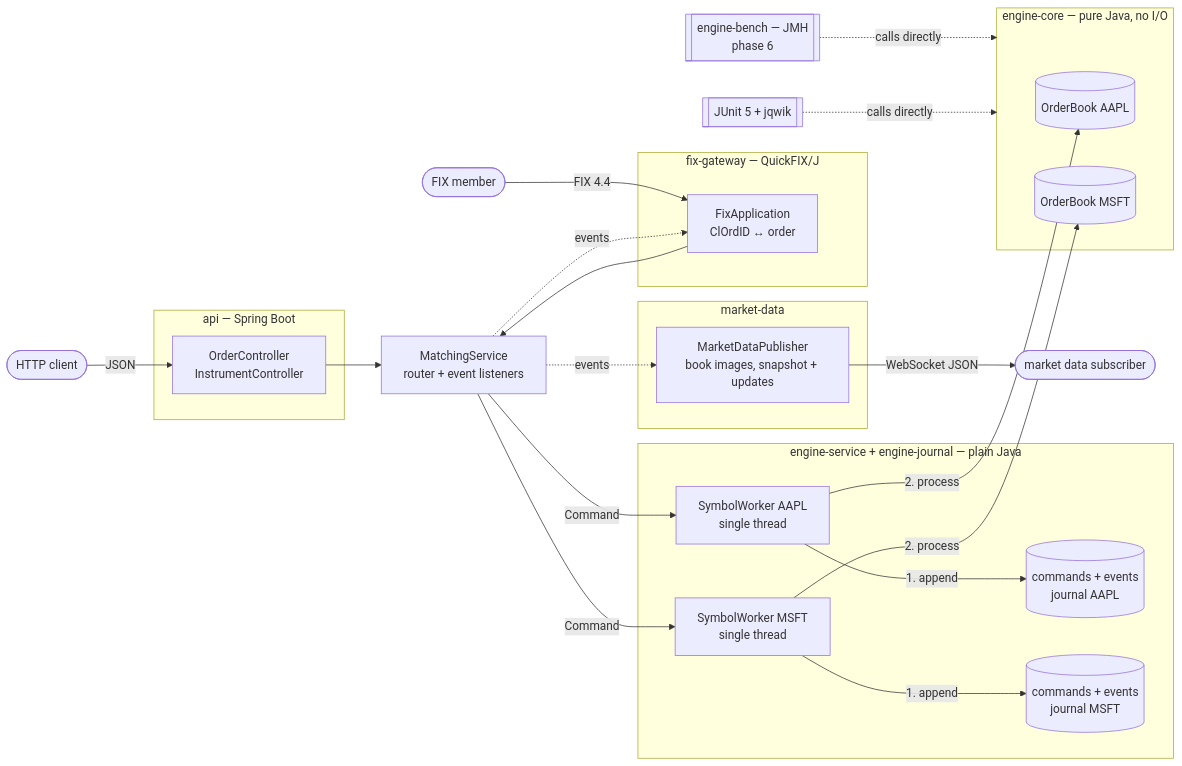
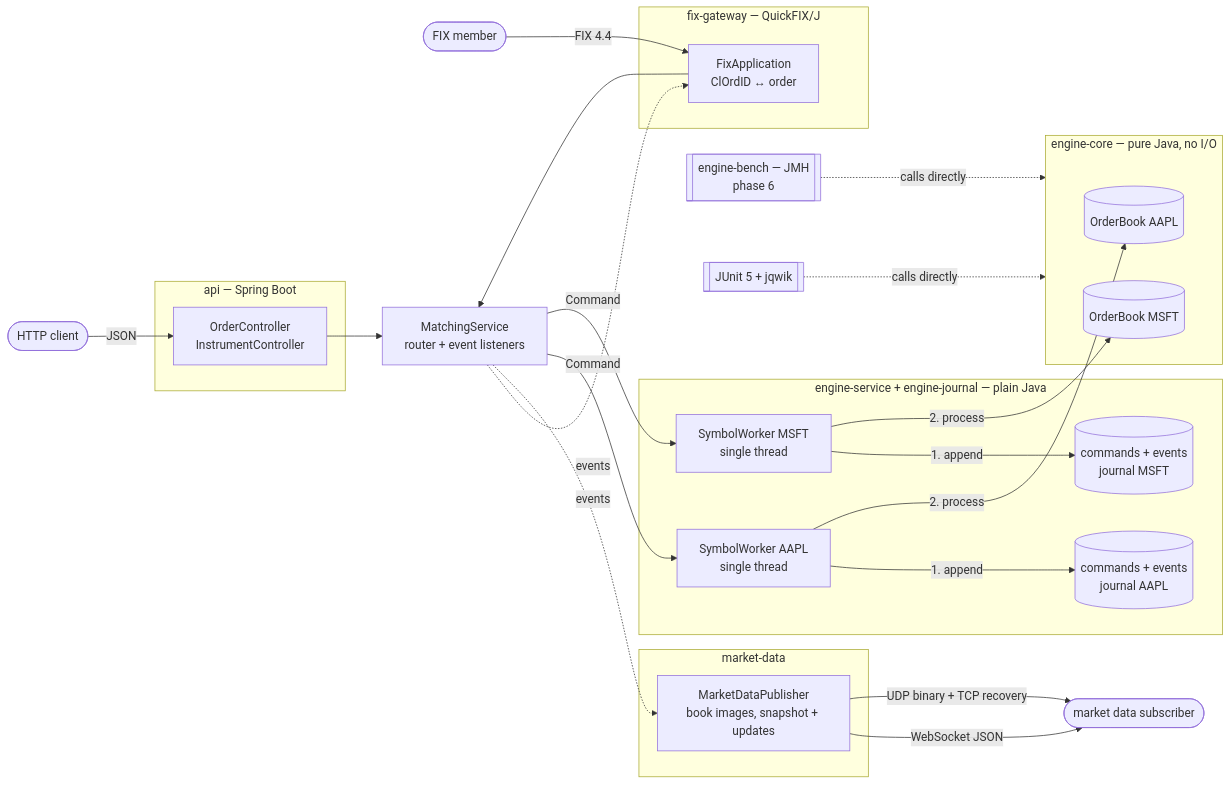
Before and after one commit to Ahmed-Berrada/Order_Book: the first of 4 diagrams in README.md, drawn with Mermaid. The commit also changed other lines of this file and 1 other file, not shown here.

First line of the commit message:
docs: README and roadmap for phase 3e, completing phase 3

````diff
--- a/README.md
+++ b/README.md
@@ -42,49 +44,50 @@
 ```mermaid
 flowchart LR
     client([HTTP client])
     member([FIX member])
     viewer([market data subscriber])
 
     subgraph api ["api — Spring Boot"]
         ctrl[OrderController<br/>InstrumentController]
     end
 
     subgraph fix ["fix-gateway — QuickFIX/J"]
         gw[FixApplication<br/>ClOrdID ↔ order]
     end
 
     svc[MatchingService<br/>router + event listeners]
 
     subgraph md ["market-data"]
         pub[MarketDataPublisher<br/>book images, snapshot + updates]
     end
 
     subgraph journal ["engine-service + engine-journal — plain Java"]
         w1[SymbolWorker AAPL<br/>single thread]
         w2[SymbolWorker MSFT<br/>single thread]
         j1[(commands + events<br/>journal AAPL)]
         j2[(commands + events<br/>journal MSFT)]
     end
 
     subgraph core ["engine-core — pure Java, no I/O"]
         b1[(OrderBook AAPL)]
         b2[(OrderBook MSFT)]
     end
 
     bench[[engine-bench — JMH<br/>phase 6]]
     tests[[JUnit 5 + jqwik]]
 
     client -->|JSON| ctrl --> svc
     member -->|FIX 4.4| gw --> svc
     svc -.->|events| gw
     svc -.->|events| pub
     pub -->|WebSocket JSON| viewer
+    pub -->|UDP binary + TCP recovery| viewer
     svc -->|Command| w1
     svc -->|Command| w2
     w1 -->|1. append| j1
     w1 -->|2. process| b1
     w2 -->|1. append| j2
     w2 -->|2. process| b2
     bench -.->|calls directly| core
     tests -.->|calls directly| core
 ```
````
